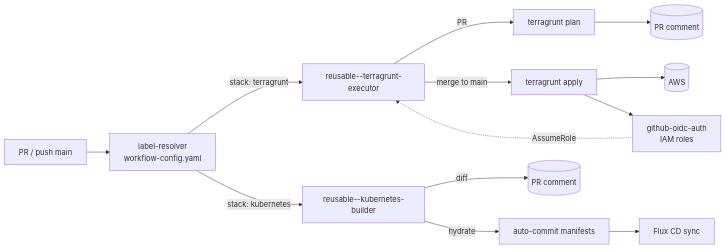
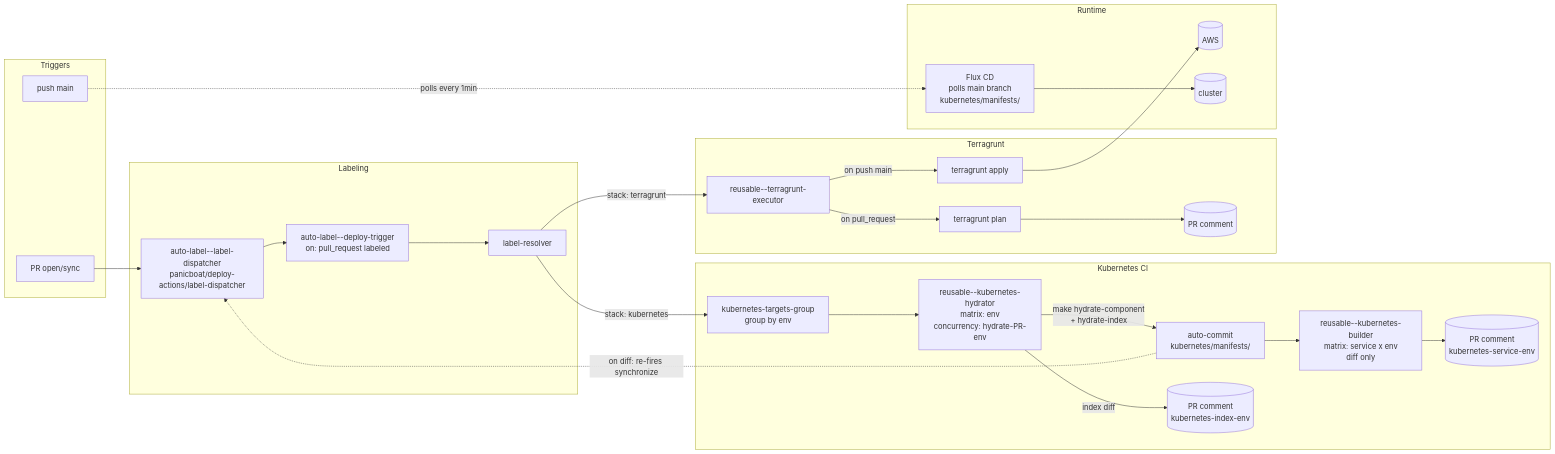
Before and after one commit to panicboat/platform: the diagram in README-ja.md, drawn with Mermaid. The commit also changed other lines of this file and 45 other files, not shown here.

Commit message:
fix(kubernetes-builder): separate hydrate from diff to resolve race condition (#209)

````diff
--- a/README-ja.md
+++ b/README-ja.md
@@ -55,15 +55,53 @@
 ```mermaid
 flowchart LR
-  Trigger[PR / push main] --> Resolver[label-resolver<br/>workflow-config.yaml]
-  Resolver -->|stack: terragrunt| TG[reusable--terragrunt-executor]
-  TG -->|PR| Plan[terragrunt plan]
-  TG -->|merge to main| Apply[terragrunt apply]
-  Plan --> PRComment[(PR comment)]
-  Apply --> AWS[(AWS)]
-  Apply --> OIDC[github-oidc-auth<br/>IAM roles]
-  OIDC -.->|AssumeRole| TG
-  Resolver -->|stack: kubernetes| K8s[reusable--kubernetes-builder]
-  K8s -->|hydrate| Commit[auto-commit manifests]
-  K8s -->|diff| K8sComment[(PR comment)]
-  Commit --> FluxCD[Flux CD sync]
+  subgraph Triggers
+    PRevent[PR open/sync]
+    Mainpush[push main]
+  end
+
+  subgraph Labeling
+    Dispatcher[auto-label--label-dispatcher<br/>panicboat/deploy-actions/label-dispatcher]
+    Trigger[auto-label--deploy-trigger<br/>on: pull_request labeled]
+    Resolver[label-resolver]
+  end
+
+  subgraph KubernetesCI [Kubernetes CI]
+    Group[kubernetes-targets-group<br/>group by env]
+    Hydrator[reusable--kubernetes-hydrator<br/>matrix: env<br/>concurrency: hydrate-PR-env]
+    Commit[auto-commit<br/>kubernetes/manifests/]
+    Builder[reusable--kubernetes-builder<br/>matrix: service x env<br/>diff only]
+    IndexComment[(PR comment<br/>kubernetes-index-env)]
+    CompComment[(PR comment<br/>kubernetes-service-env)]
+  end
+
+  subgraph Terragrunt
+    TG[reusable--terragrunt-executor]
+    Plan[terragrunt plan]
+    Apply[terragrunt apply]
+    PRComment[(PR comment)]
+  end
+
+  subgraph Runtime
+    AWS[(AWS)]
+    FluxCD[Flux CD<br/>polls main branch<br/>kubernetes/manifests/]
+    Cluster[(cluster)]
+  end
+
+  PRevent --> Dispatcher
+  Dispatcher --> Trigger
+  Trigger --> Resolver
+  Resolver -->|stack: terragrunt| TG
+  TG -->|on pull_request| Plan
+  TG -->|on push main| Apply
+  Plan --> PRComment
+  Apply --> AWS
+  Resolver -->|stack: kubernetes| Group
+  Group --> Hydrator
+  Hydrator -->|make hydrate-component<br/>+ hydrate-index| Commit
+  Hydrator -->|index diff| IndexComment
+  Commit --> Builder
+  Builder --> CompComment
+  Mainpush -.->|polls every 1min| FluxCD
+  FluxCD --> Cluster
+  Commit -.->|on diff: re-fires synchronize| Dispatcher
 ```
````
